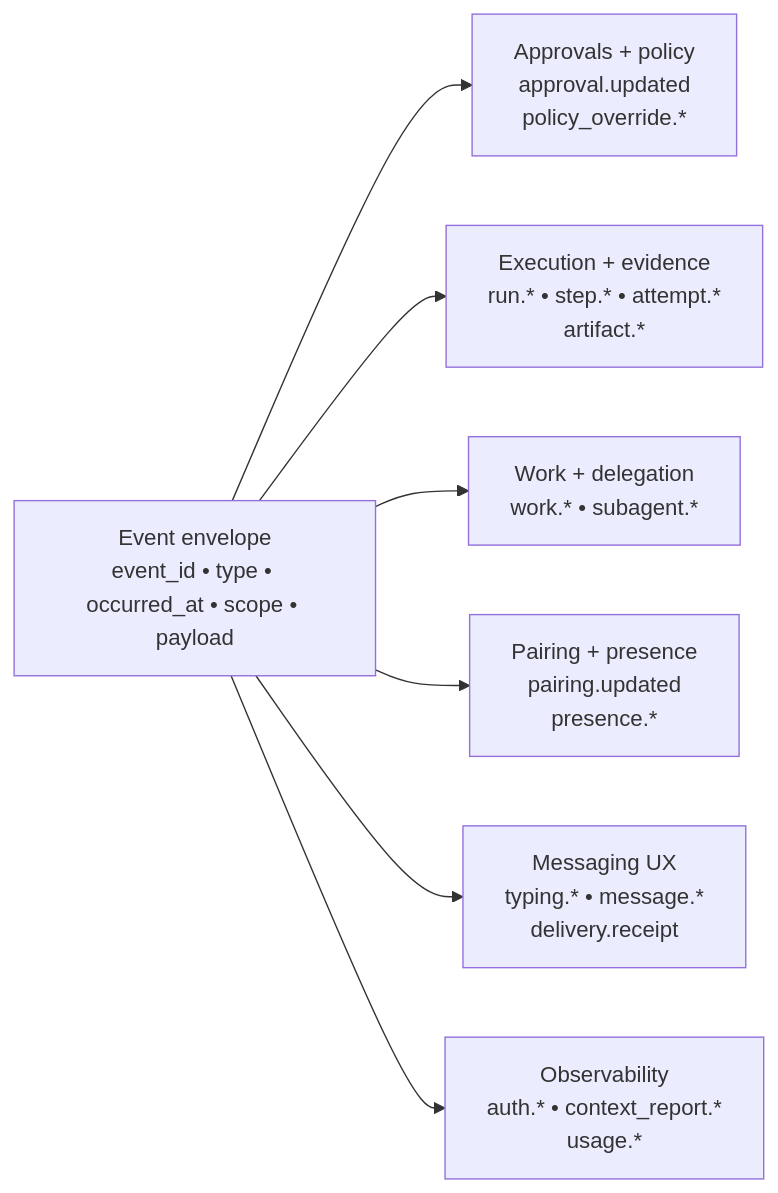
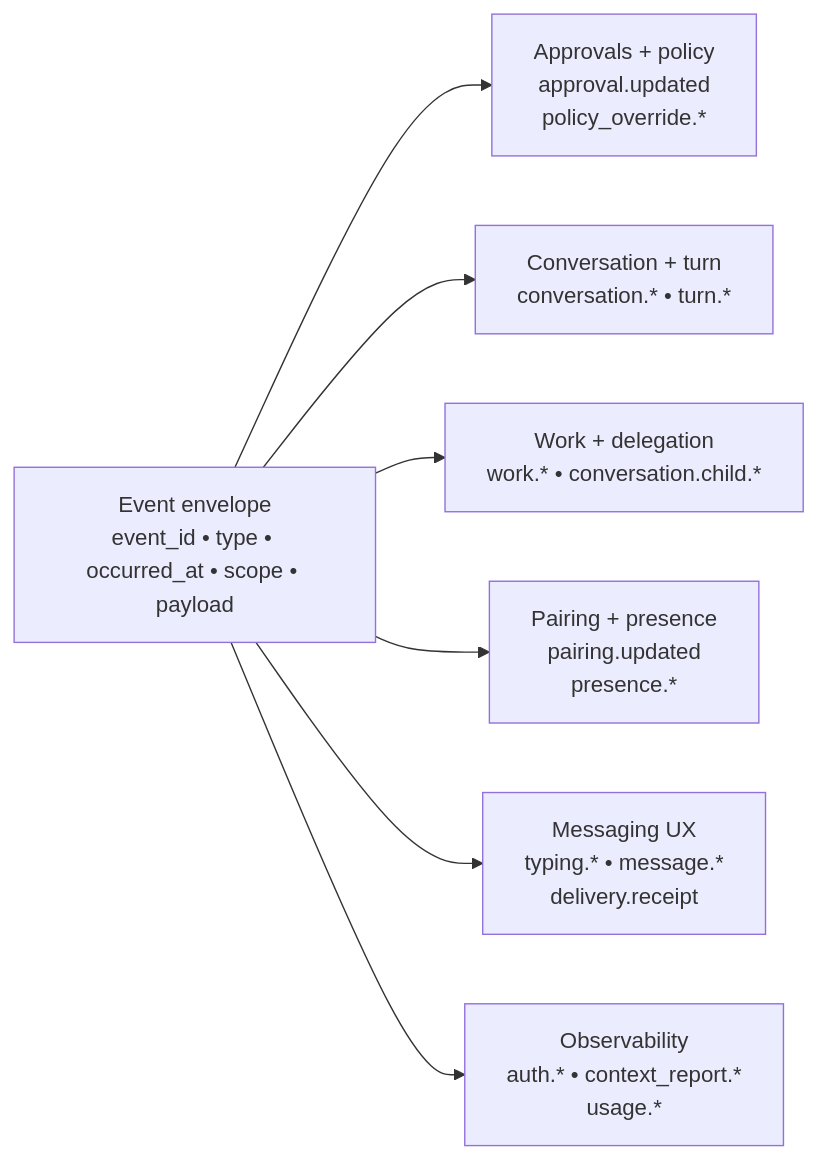
The diagram in docs/architecture/protocol/events.md (tyrumai/tyrum), drawn with Mermaid before and after one commit. The commit also changed other lines of this file and 56 other files, not shown here.

Commit message:
docs: rewrite architecture around conversations and turns (#1829)

````diff
--- a/docs/architecture/protocol/events.md
+++ b/docs/architecture/protocol/events.md
@@ -15,10 +15,10 @@
 ```mermaid
 flowchart LR
   ENV["Event envelope<br/>event_id • type • occurred_at • scope • payload"]
   ENV --> AP["Approvals + policy<br/>approval.updated<br/>policy_override.*"]
-  ENV --> EX["Execution + evidence<br/>run.* • step.* • attempt.*<br/>artifact.*"]
-  ENV --> WK["Work + delegation<br/>work.* • subagent.*"]
+  ENV --> TURN["Conversation + turn<br/>conversation.* • turn.*"]
+  ENV --> WK["Work + delegation<br/>work.* • conversation.child.*"]
   ENV --> PP["Pairing + presence<br/>pairing.updated<br/>presence.*"]
   ENV --> MSG["Messaging UX<br/>typing.* • message.*<br/>delivery.receipt"]
   ENV --> OBS["Observability<br/>auth.* • context_report.*<br/>usage.*"]
 ```
````
